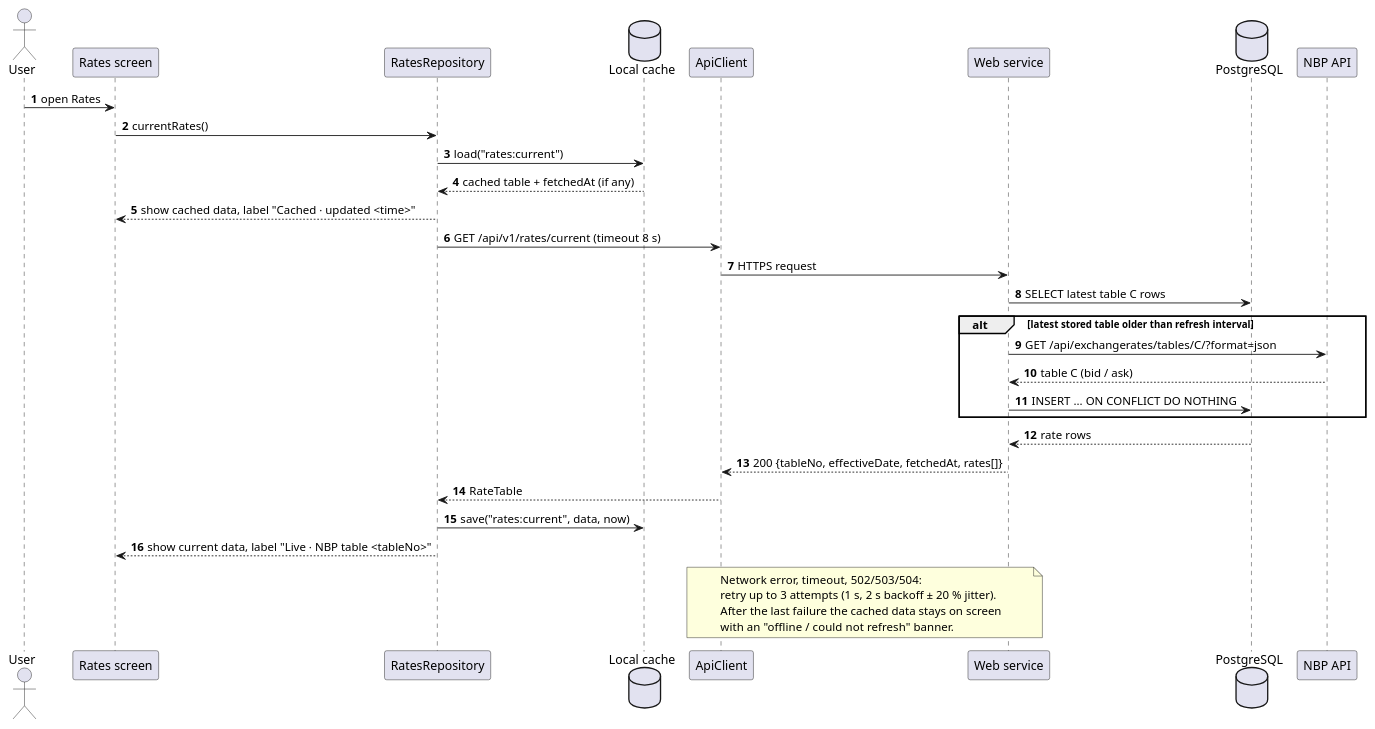
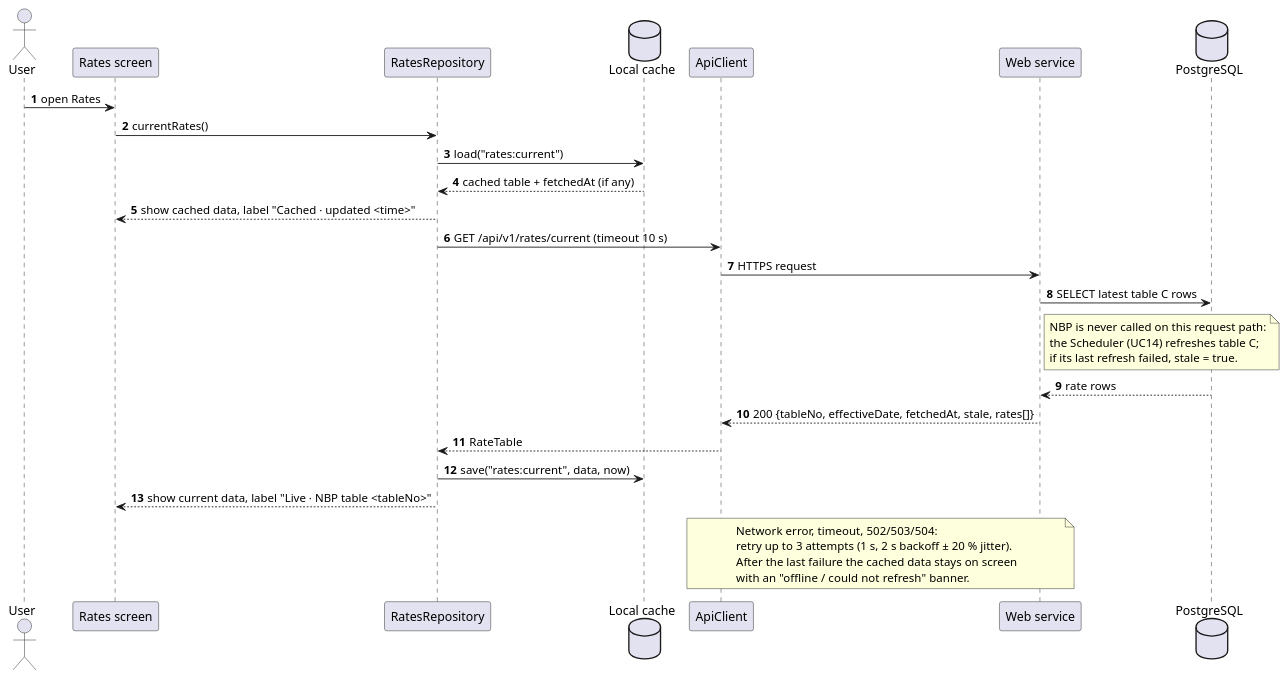
One commit to hasanmertyilmaz/currency-exchange-hmy changed the diagram in docs/M1/diagrams/src/06-seq-read-rates.puml. Above: the diagram before and after it, drawn with PlantUML. The commit also changed 11 other files, not shown here.

First line of the commit message:
docs(m1): align diagrams with the final timeout policy

```diff
--- a/docs/M1/diagrams/src/06-seq-read-rates.puml
+++ b/docs/M1/diagrams/src/06-seq-read-rates.puml
@@ -1,42 +1,41 @@
 @startuml seq-read-rates
 ' DF-1: Normal read — view current rates (cache-then-network, retryable)
 skinparam shadowing false
 skinparam defaultFontName Helvetica
 skinparam sequenceMessageAlign left
 autonumber
 
 actor User
 participant "Rates screen" as UI
 participant "RatesRepository" as Repo
 database "Local cache" as Cache
 participant "ApiClient" as Api
 participant "Web service" as WS
 database "PostgreSQL" as DB
-participant "NBP API" as NBP
 
 User -> UI : open Rates
 UI -> Repo : currentRates()
 Repo -> Cache : load("rates:current")
 Cache --> Repo : cached table + fetchedAt (if any)
 Repo --> UI : show cached data, label "Cached · updated <time>"
-Repo -> Api : GET /api/v1/rates/current (timeout 8 s)
+Repo -> Api : GET /api/v1/rates/current (timeout 10 s)
 Api -> WS : HTTPS request
 WS -> DB : SELECT latest table C rows
-alt latest stored table older than refresh interval
-  WS -> NBP : GET /api/exchangerates/tables/C/?format=json
-  NBP --> WS : table C (bid / ask)
-  WS -> DB : INSERT ... ON CONFLICT DO NOTHING
-end
+note right of WS
+NBP is never called on this request path:
+the Scheduler (UC14) refreshes table C;
+if its last refresh failed, stale = true.
+end note
 DB --> WS : rate rows
-WS --> Api : 200 {tableNo, effectiveDate, fetchedAt, rates[]}
+WS --> Api : 200 {tableNo, effectiveDate, fetchedAt, stale, rates[]}
 Api --> Repo : RateTable
 Repo -> Cache : save("rates:current", data, now)
 Repo --> UI : show current data, label "Live · NBP table <tableNo>"
 
 note over Api, WS
 Network error, timeout, 502/503/504:
 retry up to 3 attempts (1 s, 2 s backoff ± 20 % jitter).
 After the last failure the cached data stays on screen
 with an "offline / could not refresh" banner.
 end note
 @enduml
```
